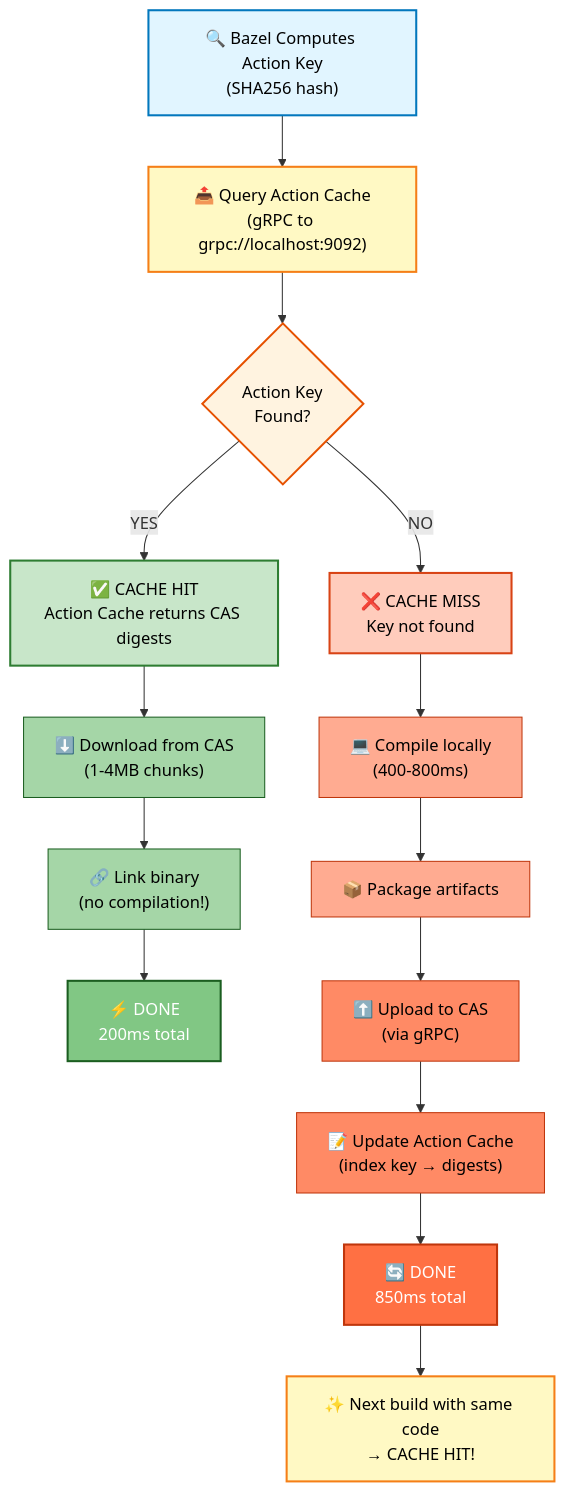
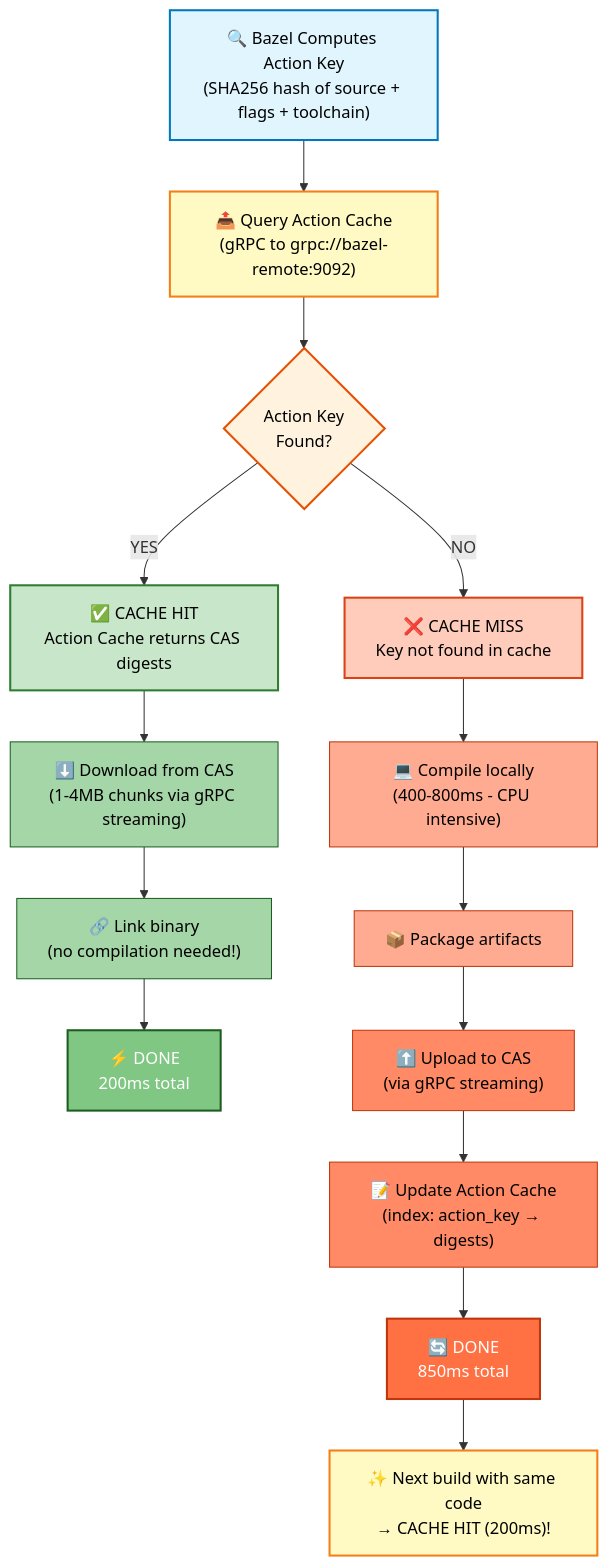
The second of 3 diagrams in README.md (iakshayubale/bazel-infra-lab), drawn with Mermaid before and after one commit. The commit also changed other lines of this file and 23 other files, not shown here.

````diff
--- a/README.md
+++ b/README.md
@@ -406,40 +364,40 @@
 ```mermaid
 graph TD
-    Start["🔍 Bazel Computes Action Key<br/>(SHA256 hash)"]
+    Start["🔍 Bazel Computes Action Key<br/>(SHA256 hash of source + flags + toolchain)"]
     
-    Start --> Query["📤 Query Action Cache<br/>(gRPC to grpc://localhost:9092)"]
+    Start --> Query["📤 Query Action Cache<br/>(gRPC to grpc://bazel-remote:9092)"]
     
     Query --> Decision{"Action Key<br/>Found?"}
     
     %% CACHE HIT PATH
     Decision -->|YES| Hit1["✅ CACHE HIT<br/>Action Cache returns CAS digests"]
-    Hit1 --> Hit2["⬇️ Download from CAS<br/>(1-4MB chunks)"]
-    Hit2 --> Hit3["🔗 Link binary<br/>(no compilation!)"]
+    Hit1 --> Hit2["⬇️ Download from CAS<br/>(1-4MB chunks via gRPC streaming)"]
+    Hit2 --> Hit3["🔗 Link binary<br/>(no compilation needed!)"]
     Hit3 --> Hit4["⚡ DONE<br/>200ms total"]
     
     %% CACHE MISS PATH
-    Decision -->|NO| Miss1["❌ CACHE MISS<br/>Key not found"]
-    Miss1 --> Miss2["💻 Compile locally<br/>(400-800ms)"]
+    Decision -->|NO| Miss1["❌ CACHE MISS<br/>Key not found in cache"]
+    Miss1 --> Miss2["💻 Compile locally<br/>(400-800ms - CPU intensive)"]
     Miss2 --> Miss3["📦 Package artifacts"]
-    Miss3 --> Miss4["⬆️ Upload to CAS<br/>(via gRPC)"]
-    Miss4 --> Miss5["📝 Update Action Cache<br/>(index key → digests)"]
+    Miss3 --> Miss4["⬆️ Upload to CAS<br/>(via gRPC streaming)"]
+    Miss4 --> Miss5["📝 Update Action Cache<br/>(index: action_key → digests)"]
     Miss5 --> Miss6["🔄 DONE<br/>850ms total"]
-    Miss6 --> NextBuild["✨ Next build with same code<br/>→ CACHE HIT!"]
+    Miss6 --> NextBuild["✨ Next build with same code<br/>→ CACHE HIT (200ms)!"]
     
     style Start fill:#e1f5ff,stroke:#0277bd,stroke-width:2px,color:#000
     style Query fill:#fff9c4,stroke:#f57f17,stroke-width:2px,color:#000
     style Decision fill:#fff3e0,stroke:#e65100,stroke-width:2px,color:#000
     
     style Hit1 fill:#c8e6c9,stroke:#2e7d32,stroke-width:2px,color:#000
     style Hit2 fill:#a5d6a7,stroke:#1b5e20,stroke-width:1px,color:#000
     style Hit3 fill:#a5d6a7,stroke:#1b5e20,stroke-width:1px,color:#000
     style Hit4 fill:#81c784,stroke:#1b5e20,stroke-width:2px,color:#fff
     
     style Miss1 fill:#ffccbc,stroke:#d84315,stroke-width:2px,color:#000
     style Miss2 fill:#ffab91,stroke:#bf360c,stroke-width:1px,color:#000
     style Miss3 fill:#ffab91,stroke:#bf360c,stroke-width:1px,color:#000
     style Miss4 fill:#ff8a65,stroke:#bf360c,stroke-width:1px,color:#000
     style Miss5 fill:#ff8a65,stroke:#bf360c,stroke-width:1px,color:#000
     style Miss6 fill:#ff7043,stroke:#bf360c,stroke-width:2px,color:#fff
     style NextBuild fill:#fff9c4,stroke:#f57f17,stroke-width:2px,color:#000
 ```
````
